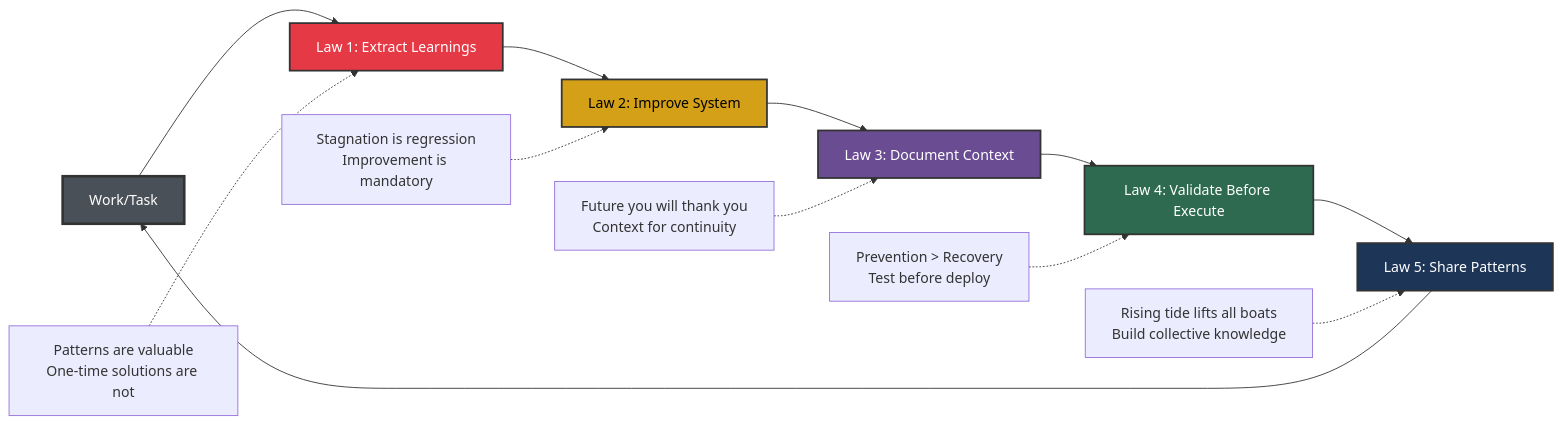
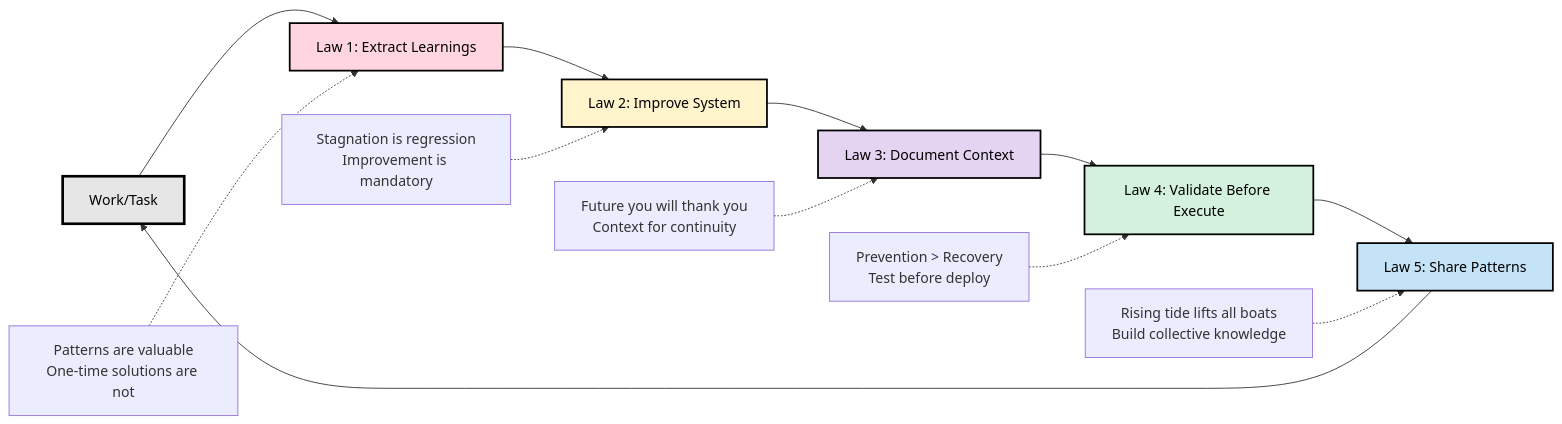
One commit to boshu2/12-factor-agentops changed the fourth of 5 diagrams in README.md. Above: the diagram before and after it, drawn with Mermaid. The commit also changed other lines of this file, not shown here.

First line of the commit message:
fix(readme): use light backgrounds with dark text for all diagrams

````diff
--- a/README.md
+++ b/README.md
@@ -206,22 +206,22 @@
 ```mermaid
 graph LR
     A[Work/Task] --> L1[Law 1: Extract Learnings]
     L1 --> L2[Law 2: Improve System]
     L2 --> L3[Law 3: Document Context]
     L3 --> L4[Law 4: Validate Before Execute]
     L4 --> L5[Law 5: Share Patterns]
     L5 --> A
 
     L1A[Patterns are valuable<br/>One-time solutions are not] -.-> L1
     L2A[Stagnation is regression<br/>Improvement is mandatory] -.-> L2
     L3A[Future you will thank you<br/>Context for continuity] -.-> L3
     L4A[Prevention > Recovery<br/>Test before deploy] -.-> L4
     L5A[Rising tide lifts all boats<br/>Build collective knowledge] -.-> L5
 
-    style L1 fill:#e63946,stroke:#333,stroke-width:2px,color:#fff
-    style L2 fill:#d4a017,stroke:#333,stroke-width:2px,color:#000
-    style L3 fill:#6a4c93,stroke:#333,stroke-width:2px,color:#fff
-    style L4 fill:#2d6a4f,stroke:#333,stroke-width:2px,color:#fff
-    style L5 fill:#1d3557,stroke:#333,stroke-width:2px,color:#fff
-    style A fill:#495057,stroke:#333,stroke-width:3px,color:#fff
+    style L1 fill:#ffd6e0,stroke:#000,stroke-width:2px,color:#000
+    style L2 fill:#fff4cc,stroke:#000,stroke-width:2px,color:#000
+    style L3 fill:#e5d4f1,stroke:#000,stroke-width:2px,color:#000
+    style L4 fill:#d4f1dd,stroke:#000,stroke-width:2px,color:#000
+    style L5 fill:#c5e3f6,stroke:#000,stroke-width:2px,color:#000
+    style A fill:#e6e6e6,stroke:#000,stroke-width:3px,color:#000
 ```
````
